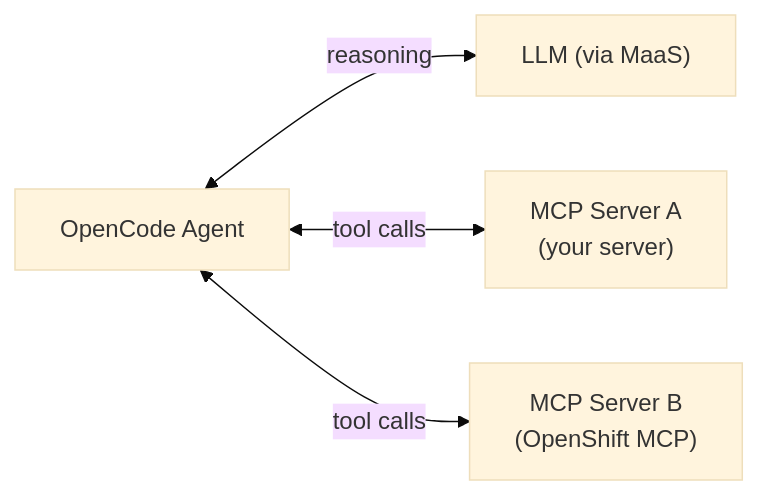
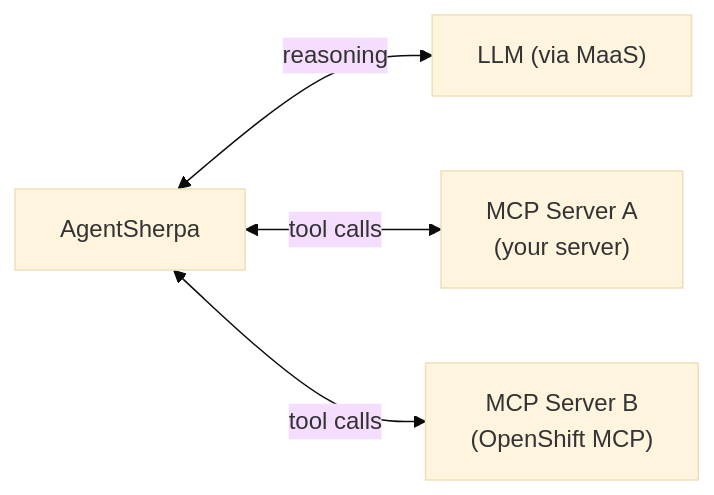
One commit to rrbanda/mcp-dev-workshop changed the second of 2 diagrams in content/modules/ROOT/pages/01-architecture.adoc. Above: the diagram before and after it, drawn with Mermaid (base theme). The commit also changed other lines of this file and 15 other files, not shown here.

First line of the commit message:
rename: OpenCode → AgentSherpa across UI, content, and chart

```diff
--- a/content/modules/ROOT/pages/01-architecture.adoc
+++ b/content/modules/ROOT/pages/01-architecture.adoc
@@ -49,12 +49,12 @@
 [mermaid]
 ....
 flowchart LR
-    Agent["OpenCode Agent"]
+    Agent["AgentSherpa"]
     LLM["LLM (via MaaS)"]
     MCP1["MCP Server A<br/>(your server)"]
     MCP2["MCP Server B<br/>(OpenShift MCP)"]
 
     Agent <-->|"reasoning"| LLM
     Agent <-->|"tool calls"| MCP1
     Agent <-->|"tool calls"| MCP2
 ....
```
